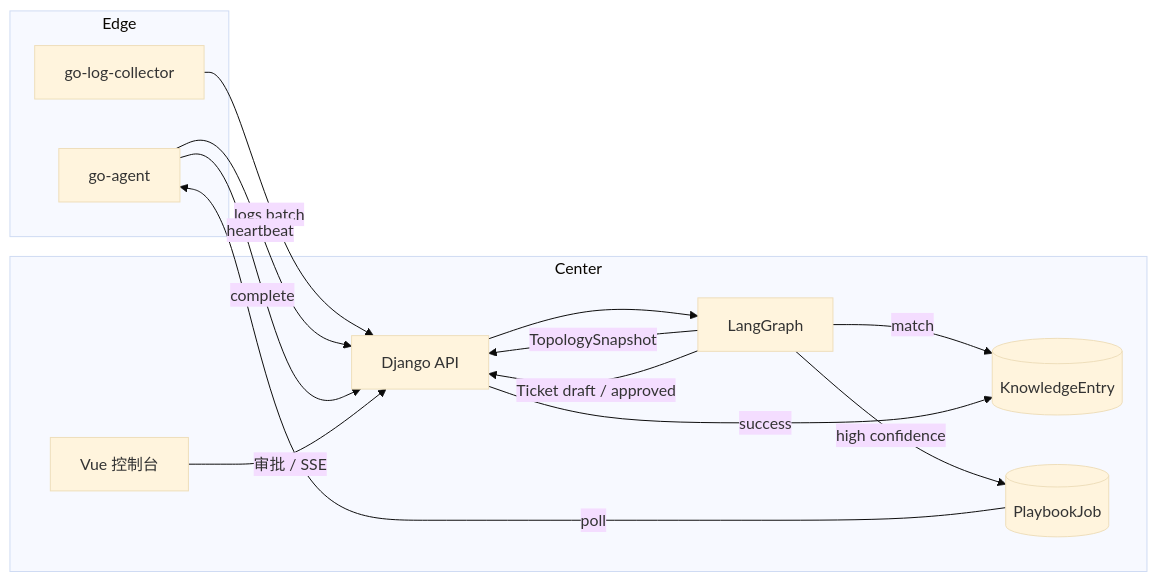
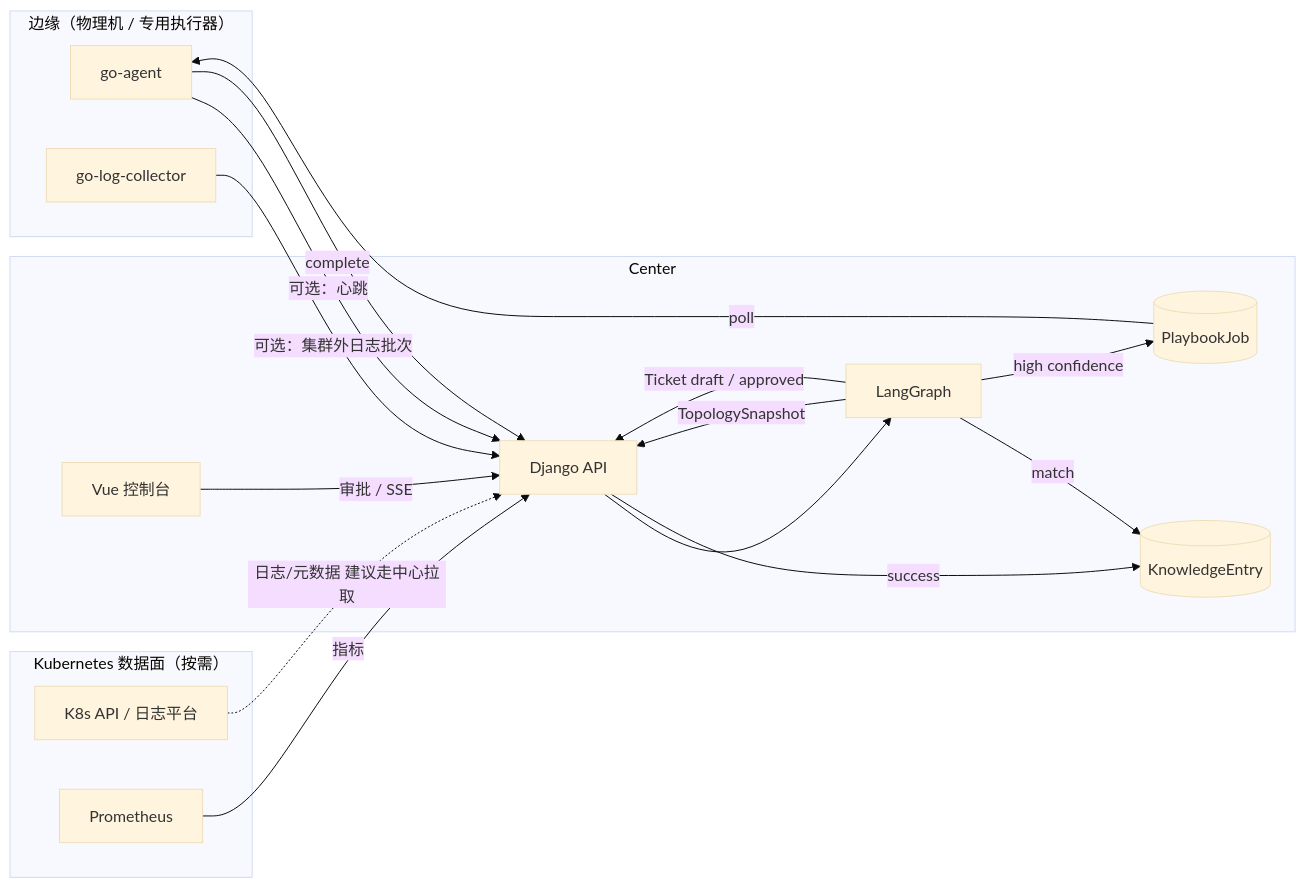
The diagram in README.md (newsmallsprout/shark-Platform), drawn with Mermaid (base theme) before and after one commit. The commit also changed other lines of this file and 9 other files, not shown here.

````diff
--- a/README.md
+++ b/README.md
@@ -30,25 +42,31 @@
 ```mermaid
 flowchart LR
-  subgraph Edge
+  subgraph Edge["边缘（物理机 / 专用执行器）"]
     GA[go-agent]
     GL[go-log-collector]
+  end
+  subgraph Cluster["Kubernetes 数据面（按需）"]
+    KAPI[K8s API / 日志平台]
+    PROM[Prometheus]
   end
   subgraph Center
     DJ[Django API]
     LG[LangGraph]
     KB[(KnowledgeEntry)]
     PB[(PlaybookJob)]
     UI[Vue 控制台]
   end
-  GL -->|logs batch| DJ
-  GA -->|heartbeat| DJ
+  PROM -->|指标| DJ
+  KAPI -.->|日志/元数据 建议走中心拉取| DJ
+  GL -->|可选：集群外日志批次| DJ
+  GA -->|可选：心跳| DJ
   DJ --> LG
   LG -->|TopologySnapshot| DJ
   LG -->|match| KB
   LG -->|Ticket draft / approved| DJ
   LG -->|high confidence| PB
   PB -->|poll| GA
   GA -->|complete| DJ
   DJ -->|success| KB
   UI -->|审批 / SSE| DJ
 ```
````
